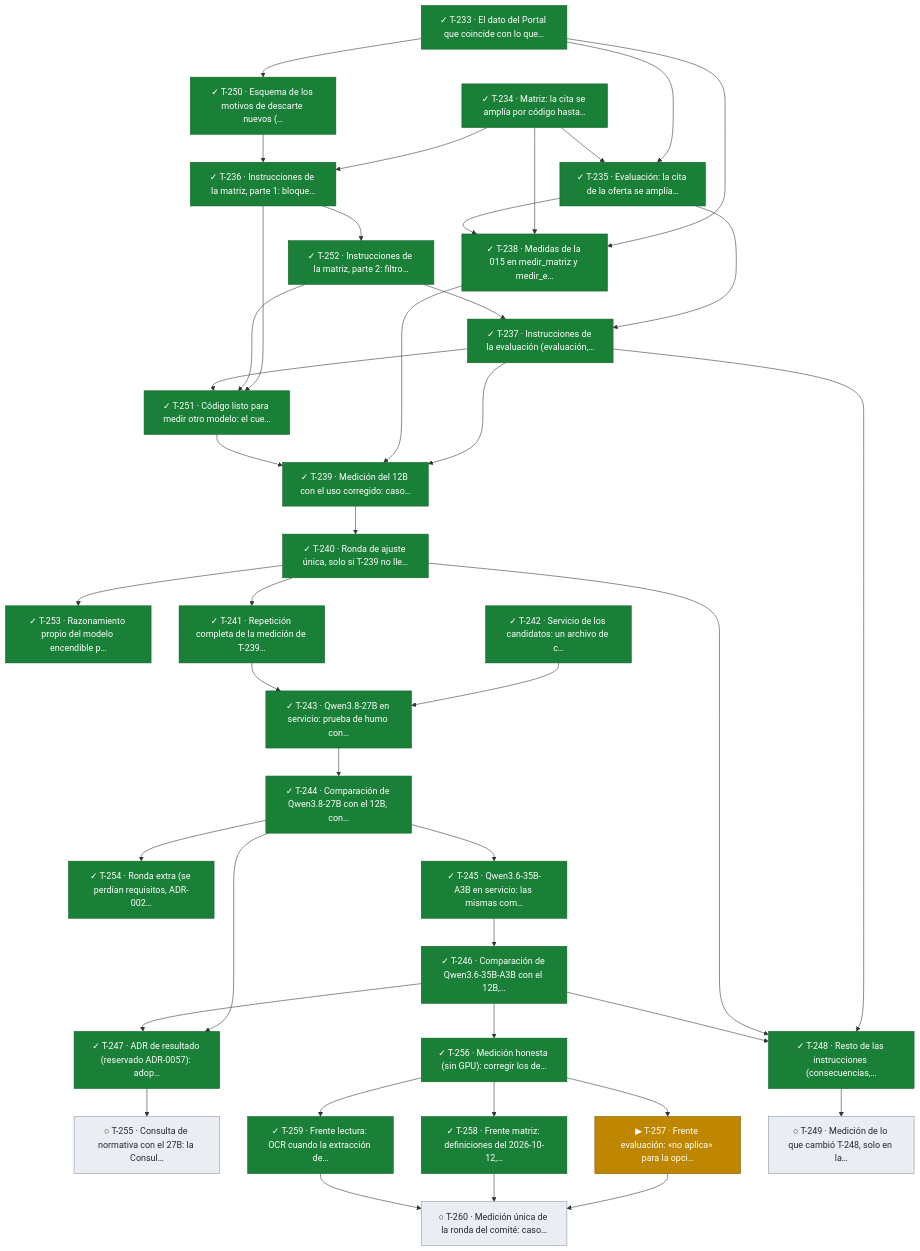
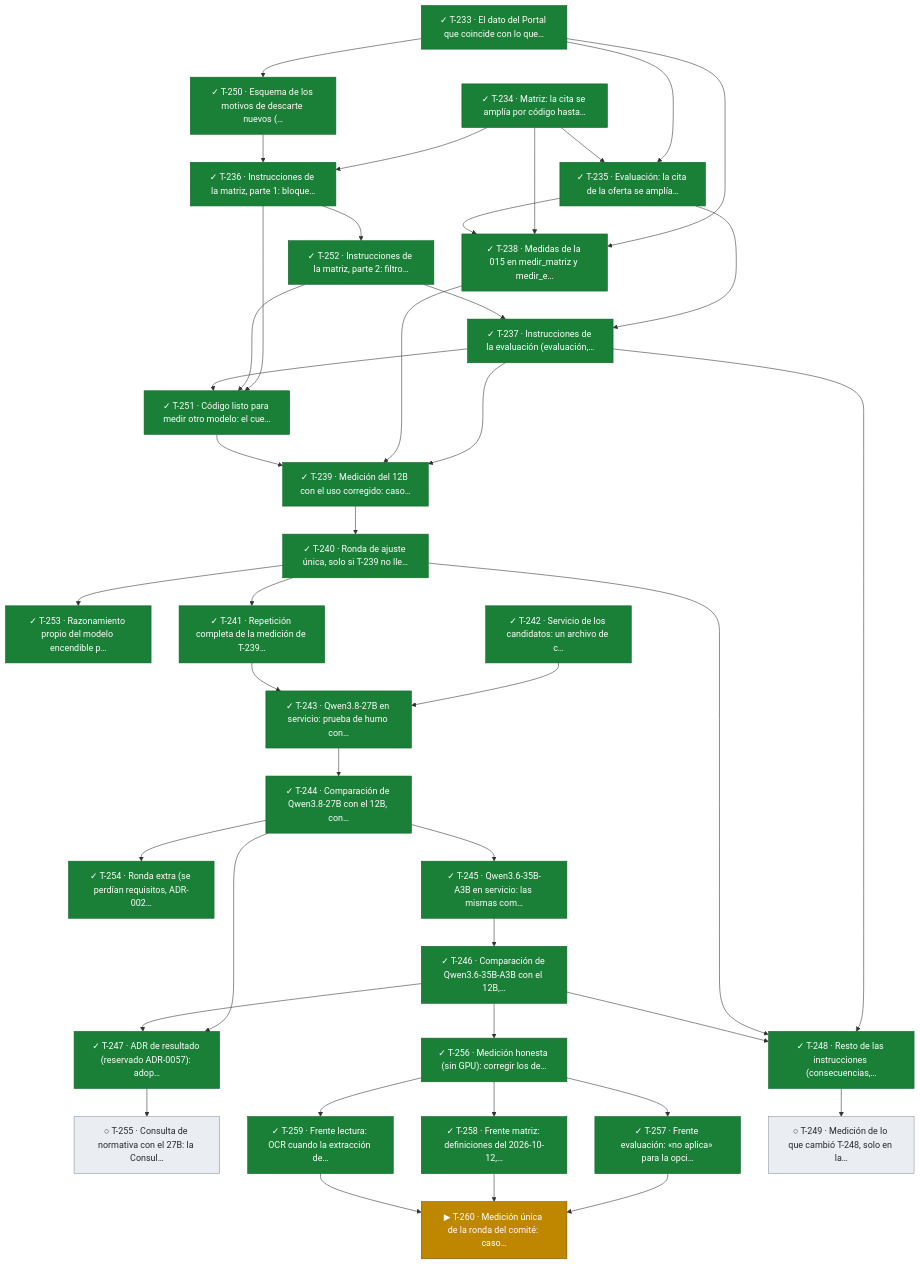
Before and after one commit to snavello/EVALUON: diagram 17 of 17 in docs/tablero.md, drawn with Mermaid. The commit also changed other lines of this file and 1 other file, not shown here.

Commit message:
gestión: integra T-257 (evaluación, verificada en cuatro pasadas); T-260 en curso

````diff
--- a/docs/tablero.md
+++ b/docs/tablero.md
@@ -1328,76 +1328,76 @@
 ```mermaid
 flowchart TD
   T233["✓ T-233 · El dato del Portal que coincide con lo que…"]:::done
   T234["✓ T-234 · Matriz: la cita se amplía por código hasta…"]:::done
   T250["✓ T-250 · Esquema de los motivos de descarte nuevos (…"]:::done
   T235["✓ T-235 · Evaluación: la cita de la oferta se amplía…"]:::done
   T236["✓ T-236 · Instrucciones de la matriz, parte 1: bloque…"]:::done
   T252["✓ T-252 · Instrucciones de la matriz, parte 2: filtro…"]:::done
   T253["✓ T-253 · Razonamiento propio del modelo encendible p…"]:::done
   T254["✓ T-254 · Ronda extra (se perdían requisitos, ADR-002…"]:::done
   T255["○ T-255 · Consulta de normativa con el 27B: la Consul…"]:::todo
   T256["✓ T-256 · Medición honesta (sin GPU): corregir los de…"]:::done
-  T257["▶ T-257 · Frente evaluación: «no aplica» para la opci…"]:::active
+  T257["✓ T-257 · Frente evaluación: «no aplica» para la opci…"]:::done
   T258["✓ T-258 · Frente matriz: definiciones del 2026-10-12,…"]:::done
   T259["✓ T-259 · Frente lectura: OCR cuando la extracción de…"]:::done
-  T260["○ T-260 · Medición única de la ronda del comité: caso…"]:::todo
+  T260["▶ T-260 · Medición única de la ronda del comité: caso…"]:::active
   T237["✓ T-237 · Instrucciones de la evaluación (evaluación,…"]:::done
   T251["✓ T-251 · Código listo para medir otro modelo: el cue…"]:::done
   T238["✓ T-238 · Medidas de la 015 en medir_matriz y medir_e…"]:::done
   T239["✓ T-239 · Medición del 12B con el uso corregido: caso…"]:::done
   T240["✓ T-240 · Ronda de ajuste única, solo si T-239 no lle…"]:::done
   T241["✓ T-241 · Repetición completa de la medición de T-239…"]:::done
   T242["✓ T-242 · Servicio de los candidatos: un archivo de c…"]:::done
   T243["✓ T-243 · Qwen3.8-27B en servicio: prueba de humo con…"]:::done
   T244["✓ T-244 · Comparación de Qwen3.8-27B con el 12B, con…"]:::done
   T245["✓ T-245 · Qwen3.6-35B-A3B en servicio: las mismas com…"]:::done
   T246["✓ T-246 · Comparación de Qwen3.6-35B-A3B con el 12B,…"]:::done
   T247["✓ T-247 · ADR de resultado (reservado ADR-0057): adop…"]:::done
   T248["✓ T-248 · Resto de las instrucciones (consecuencias,…"]:::done
   T249["○ T-249 · Medición de lo que cambió T-248, solo en la…"]:::todo
   T233 --> T250
   T233 --> T235
   T234 --> T235
   T234 --> T236
   T250 --> T236
   T236 --> T252
   T240 --> T253
   T244 --> T254
   T247 --> T255
   T246 --> T256
   T256 --> T257
   T256 --> T258
   T256 --> T259
   T257 --> T260
   T258 --> T260
   T259 --> T260
   T235 --> T237
   T252 --> T237
   T236 --> T251
   T252 --> T251
   T237 --> T251
   T233 --> T238
   T234 --> T238
   T235 --> T238
   T237 --> T239
   T238 --> T239
   T251 --> T239
   T239 --> T240
   T240 --> T241
   T242 --> T243
   T241 --> T243
   T243 --> T244
   T244 --> T245
   T245 --> T246
   T244 --> T247
   T246 --> T247
   T237 --> T248
   T240 --> T248
   T246 --> T248
   T248 --> T249
   classDef done fill:#1a7f37,stroke:#116329,color:#ffffff
   classDef review fill:#0969da,stroke:#0550ae,color:#ffffff
   classDef active fill:#bf8700,stroke:#7d4e00,color:#ffffff
   classDef blocked fill:#cf222e,stroke:#a40e26,color:#ffffff
   classDef todo fill:#eaeef2,stroke:#8c959f,color:#24292f
 ```
````
